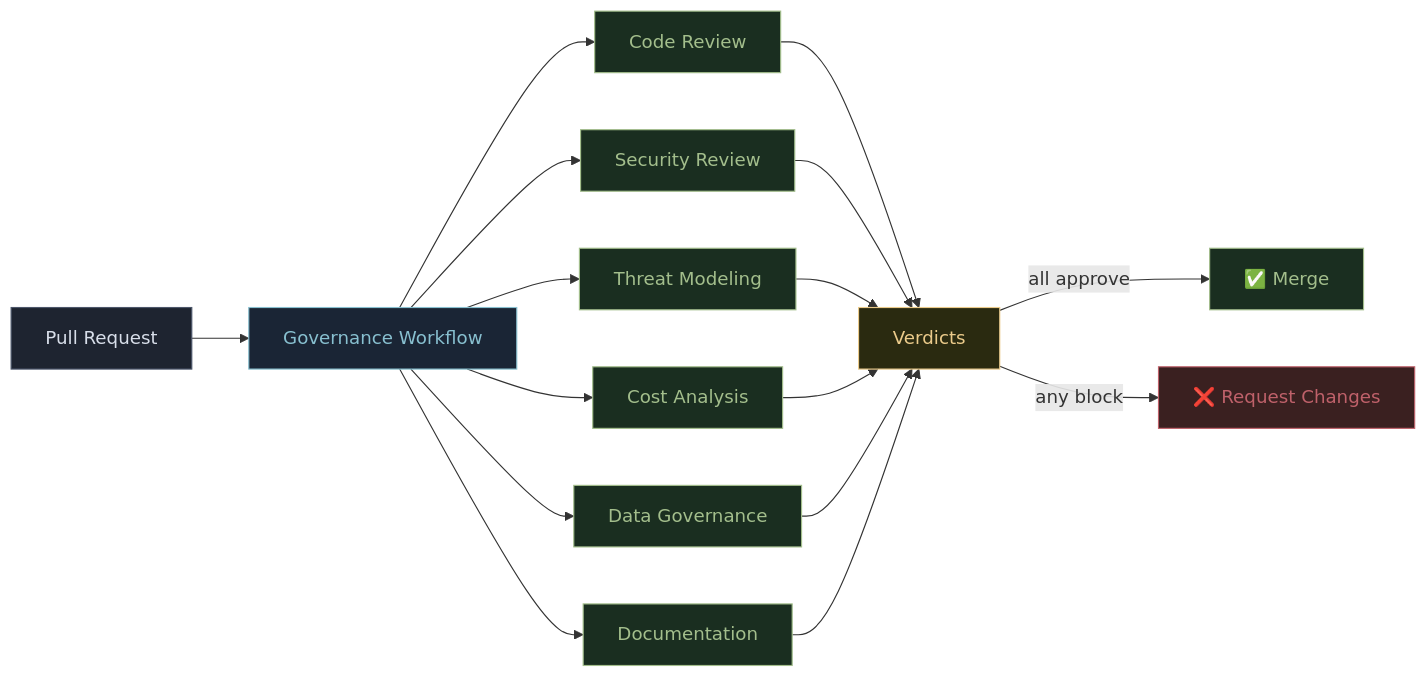
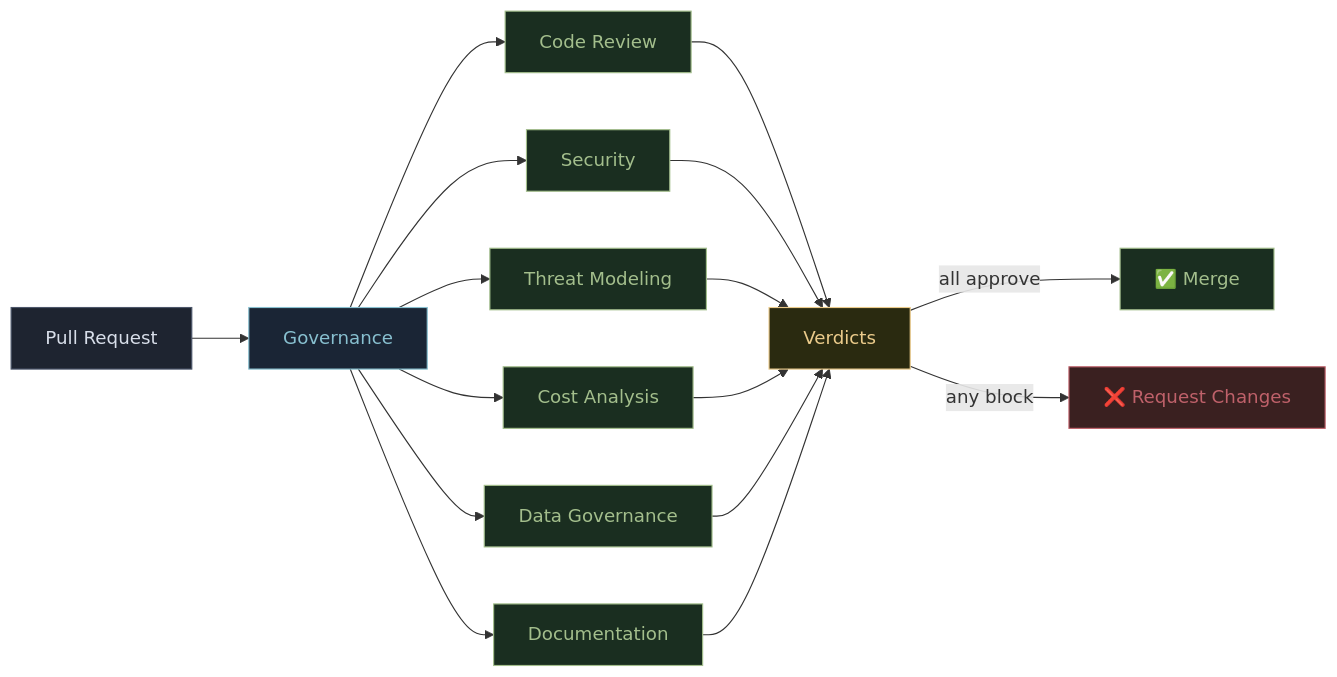
One commit to convergent-systems-co/olympus changed the diagram in docs/governance.md. Above: the diagram before and after it, drawn with Mermaid. The commit also changed other lines of this file and 8 other files, not shown here.

```diff
--- a/docs/governance.md
+++ b/docs/governance.md
@@ -27,32 +26,32 @@
 <div class="mermaid">
 flowchart LR
-    PR["Pull Request"] --> GW["Governance Workflow"]
+    PR["Pull Request"] --> GW["Governance"]
     GW --> CR["Code Review"]
-    GW --> SR["Security Review"]
+    GW --> SR["Security"]
     GW --> TM["Threat Modeling"]
     GW --> CA["Cost Analysis"]
     GW --> DG["Data Governance"]
     GW --> DR["Documentation"]
 
     CR --> V["Verdicts"]
     SR --> V
     TM --> V
     CA --> V
     DG --> V
     DR --> V
 
     V -->|all approve| MERGE["✅ Merge"]
     V -->|any block| BLOCK["❌ Request Changes"]
 
     style PR fill:#1e2430,color:#D8DEE9,stroke:#4C566A
     style GW fill:#1a2535,color:#88C0D0,stroke:#88C0D0
     style CR fill:#1a2e20,color:#A3BE8C,stroke:#A3BE8C
     style SR fill:#1a2e20,color:#A3BE8C,stroke:#A3BE8C
     style TM fill:#1a2e20,color:#A3BE8C,stroke:#A3BE8C
     style CA fill:#1a2e20,color:#A3BE8C,stroke:#A3BE8C
     style DG fill:#1a2e20,color:#A3BE8C,stroke:#A3BE8C
     style DR fill:#1a2e20,color:#A3BE8C,stroke:#A3BE8C
     style V fill:#2a2a10,color:#EBCB8B,stroke:#EBCB8B
     style MERGE fill:#1a2e20,color:#A3BE8C,stroke:#A3BE8C
     style BLOCK fill:#3a2020,color:#BF616A,stroke:#BF616A
 </div>
```
